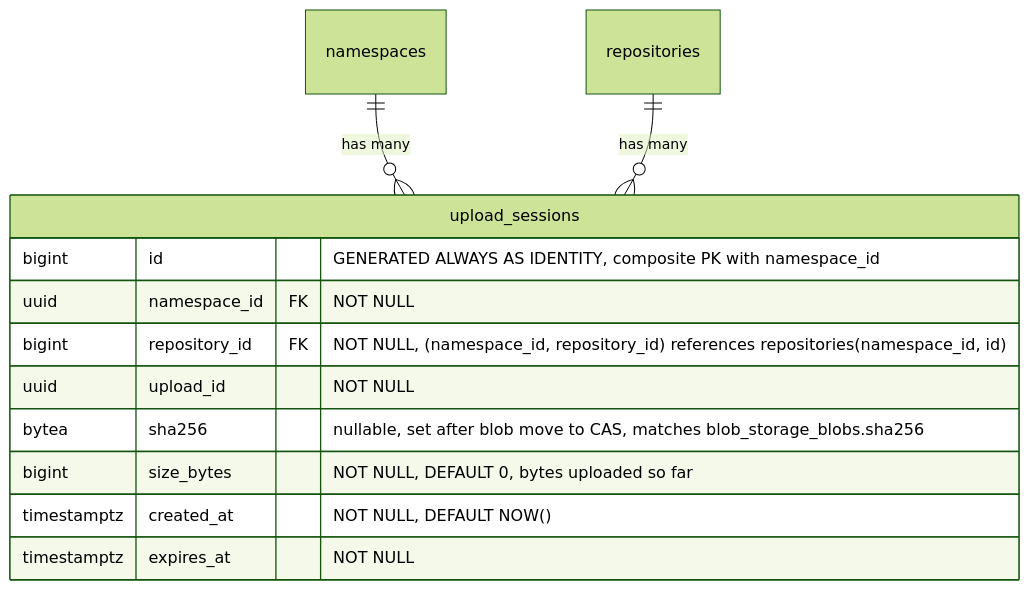
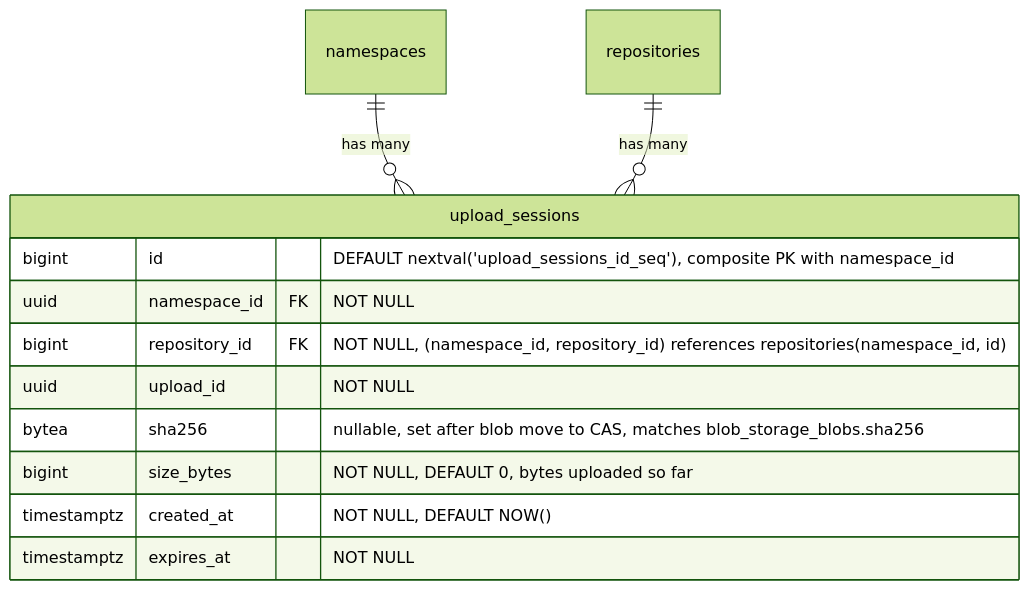
One commit to kyama0/gitlab-handbook-ja changed diagram 17 of 19 in content/handbook/engineering/architecture/design-documents/artifact_registry/decisions/007_database_schema.md. Above: the diagram before and after it, drawn with Mermaid (forest theme). The commit also changed other lines of this file and 1 other file, not shown here.

First line of the commit message:
translation: batch 2026-05-18-1 part 2 (ADR-007 database schema)

````diff
--- a/content/handbook/engineering/architecture/design-documents/artifact_registry/decisions/007_database_schema.md
+++ b/content/handbook/engineering/architecture/design-documents/artifact_registry/decisions/007_database_schema.md
@@ -1204,16 +1344,16 @@
 ```mermaid
 erDiagram
     namespaces ||--o{ upload_sessions : "has many"
     repositories ||--o{ upload_sessions : "has many"
 
     upload_sessions {
-        bigint id "GENERATED ALWAYS AS IDENTITY, composite PK with namespace_id"
+        bigint id "DEFAULT nextval('upload_sessions_id_seq'), composite PK with namespace_id"
         uuid namespace_id FK "NOT NULL"
         bigint repository_id FK "NOT NULL, (namespace_id, repository_id) references repositories(namespace_id, id)"
         uuid upload_id "NOT NULL"
         bytea sha256 "nullable, set after blob move to CAS, matches blob_storage_blobs.sha256"
         bigint size_bytes "NOT NULL, DEFAULT 0, bytes uploaded so far"
         timestamptz created_at "NOT NULL, DEFAULT NOW()"
         timestamptz expires_at "NOT NULL"
     }
 ```
````
